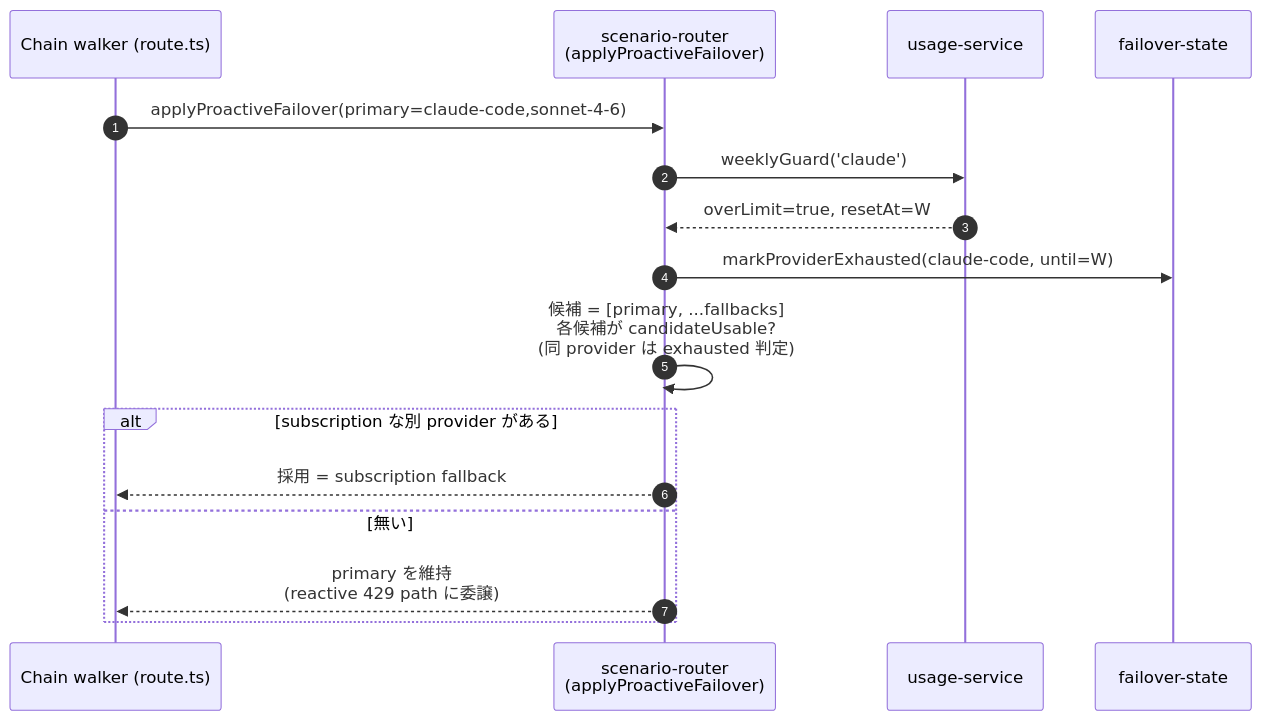
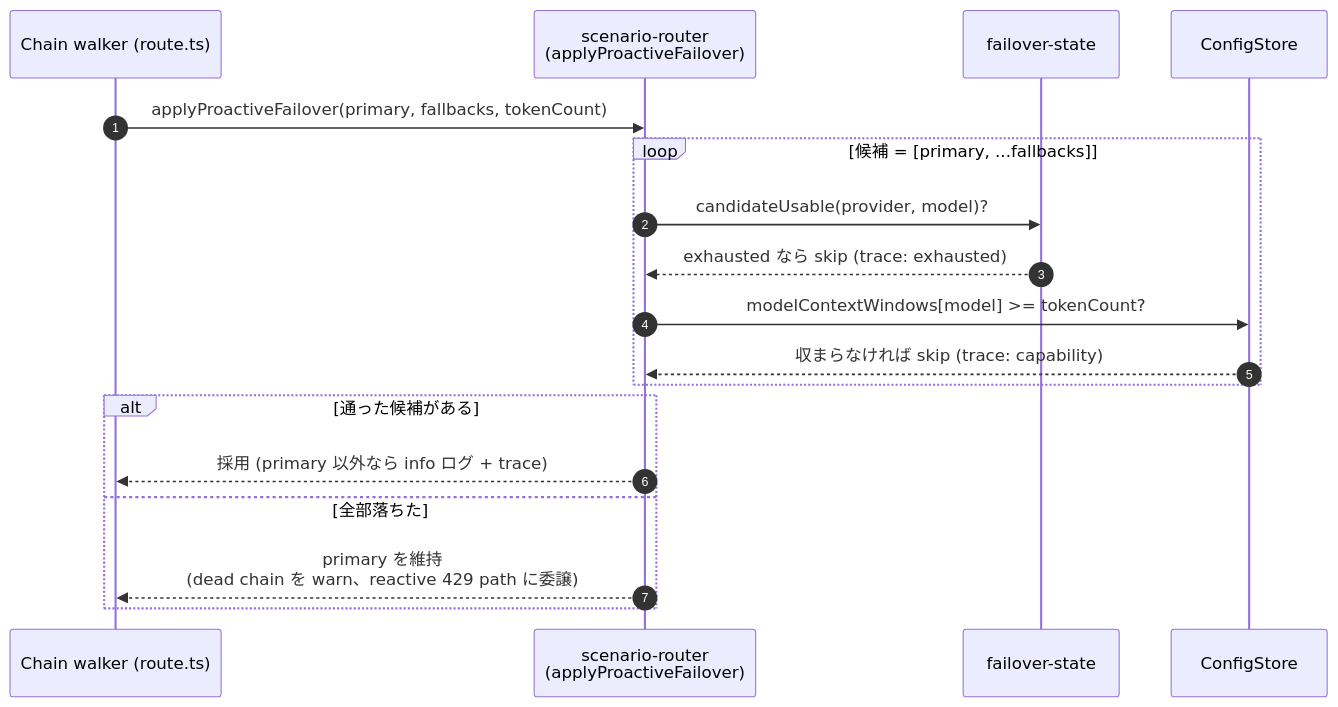
One commit to tkgstrator/claude-code-router changed the eighth of 12 diagrams in docs/architecture/pipeline-overview.md. Above: the diagram before and after it, drawn with Mermaid. The commit also changed other lines of this file and 140 other files, not shown here.

````diff
--- a/docs/architecture/pipeline-overview.md
+++ b/docs/architecture/pipeline-overview.md
@@ -344,19 +355,21 @@
 ```mermaid
 sequenceDiagram
   autonumber
   participant W as Chain walker (route.ts)
   participant SR as scenario-router<br/>(applyProactiveFailover)
-  participant US as usage-service
   participant FS as failover-state
+  participant CFG as ConfigStore
 
-  W->>SR: applyProactiveFailover(primary=claude-code,sonnet-4-6)
-  SR->>US: weeklyGuard('claude')
-  US-->>SR: overLimit=true, resetAt=W
-  SR->>FS: markProviderExhausted(claude-code, until=W)
-  SR->>SR: 候補 = [primary, ...fallbacks]<br/>各候補が candidateUsable?<br/>(同 provider は exhausted 判定)
-  alt subscription な別 provider がある
-    SR-->>W: 採用 = subscription fallback
-  else 無い
-    SR-->>W: primary を維持<br/>(reactive 429 path に委譲)
+  W->>SR: applyProactiveFailover(primary, fallbacks, tokenCount)
+  loop 候補 = [primary, ...fallbacks]
+    SR->>FS: candidateUsable(provider, model)?
+    FS-->>SR: exhausted なら skip (trace: exhausted)
+    SR->>CFG: modelContextWindows[model] >= tokenCount?
+    CFG-->>SR: 収まらなければ skip (trace: capability)
+  end
+  alt 通った候補がある
+    SR-->>W: 採用 (primary 以外なら info ログ + trace)
+  else 全部落ちた
+    SR-->>W: primary を維持<br/>(dead chain を warn、reactive 429 path に委譲)
   end
 ```
````
